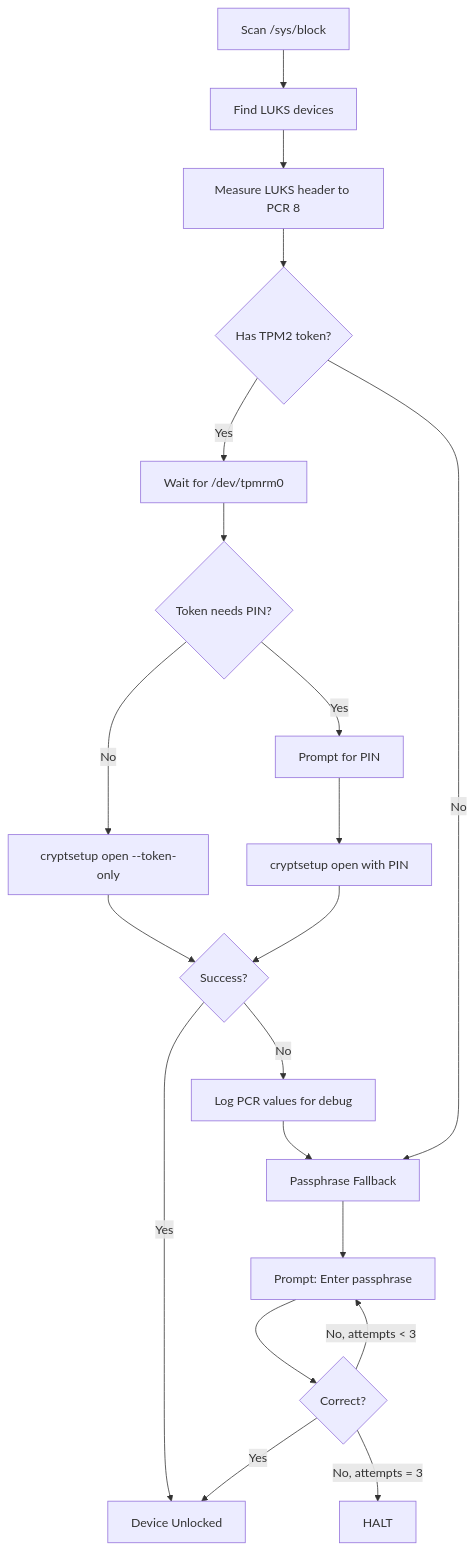
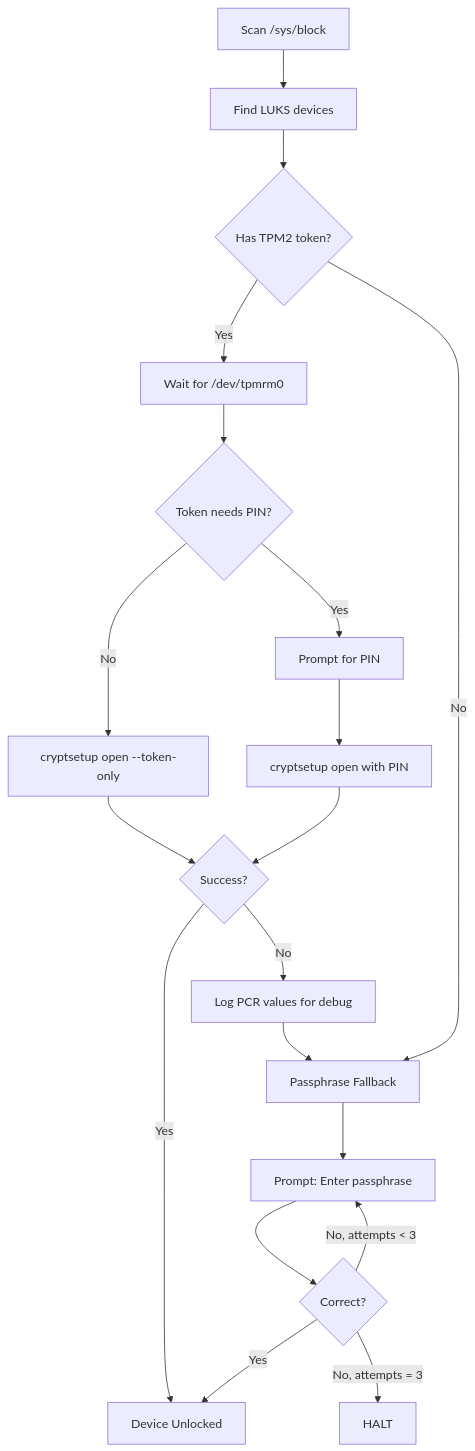
One commit to zaolin/vanguard changed the sixth of 13 diagrams in docs/boot-flow.md. Above: the diagram before and after it, drawn with Mermaid. The commit also changed other lines of this file and 41 other files, not shown here.

````diff
--- a/docs/boot-flow.md
+++ b/docs/boot-flow.md
@@ -152,27 +150,26 @@
 ```mermaid
 flowchart TD
     A[Scan /sys/block] --> B[Find LUKS devices]
-    B --> C[Measure LUKS header to PCR 8]
-    C --> D{Has TPM2 token?}
+    B --> D{Has TPM2 token?}
     
     D -->|Yes| E[Wait for /dev/tpmrm0]
     D -->|No| K
     
     E --> F{Token needs PIN?}
     F -->|No| G[cryptsetup open --token-only]
     F -->|Yes| H[Prompt for PIN]
     H --> I[cryptsetup open with PIN]
     
     G --> J{Success?}
     I --> J
     
     J -->|Yes| L[Device Unlocked]
     J -->|No| M[Log PCR values for debug]
     M --> K[Passphrase Fallback]
     
     K --> N[Prompt: Enter passphrase]
     N --> O{Correct?}
     O -->|Yes| L
     O -->|No, attempts < 3| N
     O -->|No, attempts = 3| P[HALT]
 ```
````
